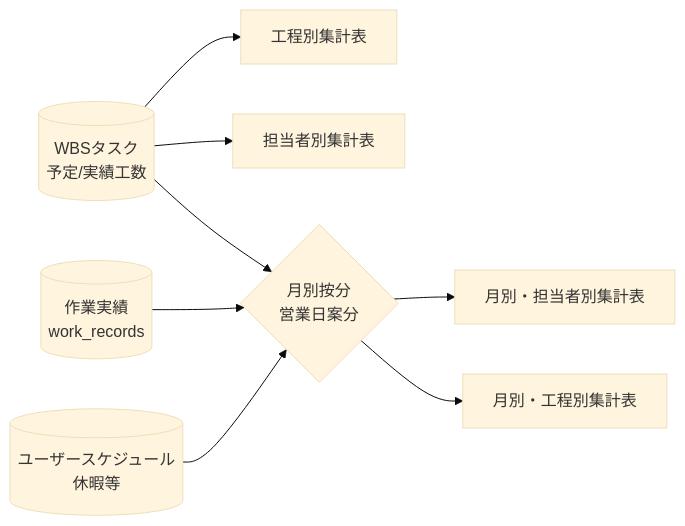
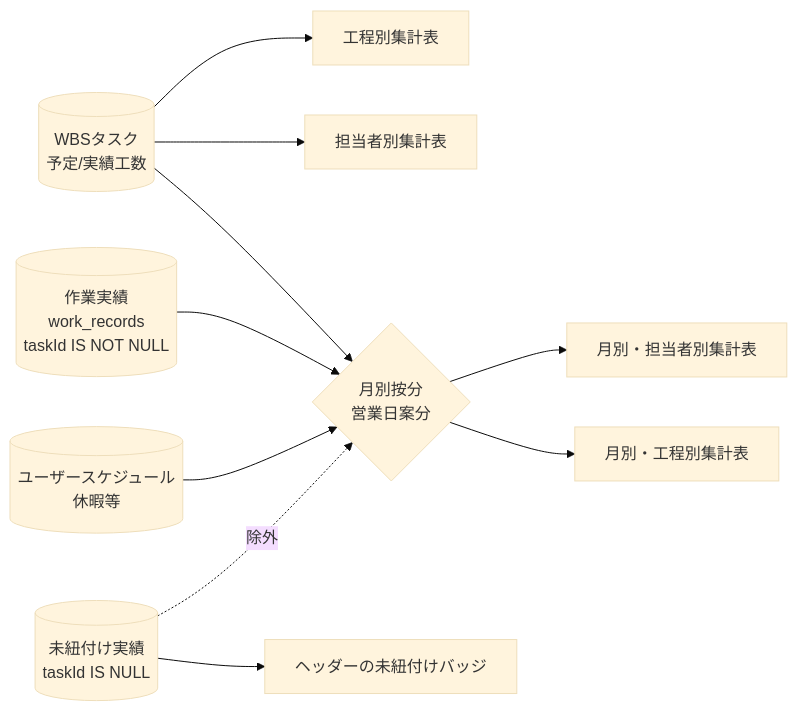
Before and after one commit to yasudaProduct/project-managed-app: the diagram in docs/help/project-detail.md, drawn with Mermaid (base theme). The commit also changed other lines of this file, not shown here.

First line of the commit message:
docs(help): 未紐付け実績(work_records.taskId IS NULL)の扱いを追記

````diff
--- a/docs/help/project-detail.md
+++ b/docs/help/project-detail.md
@@ -139,10 +163,12 @@
 ```mermaid
 flowchart LR
     Tasks[(WBSタスク<br/>予定/実績工数)] --> Phase[工程別集計表]
     Tasks --> Assignee[担当者別集計表]
     Tasks --> MonthAlloc{月別按分<br/>営業日案分}
-    WR[(作業実績<br/>work_records)] --> MonthAlloc
+    WR[(作業実績<br/>work_records<br/>taskId IS NOT NULL)] --> MonthAlloc
     Schedule[(ユーザースケジュール<br/>休暇等)] --> MonthAlloc
     MonthAlloc --> MonthAssignee[月別・担当者別集計表]
     MonthAlloc --> MonthPhase[月別・工程別集計表]
+    Unlinked[(未紐付け実績<br/>taskId IS NULL)] -.除外.-> MonthAlloc
+    Unlinked --> Badge[ヘッダーの未紐付けバッジ]
 ```
````
